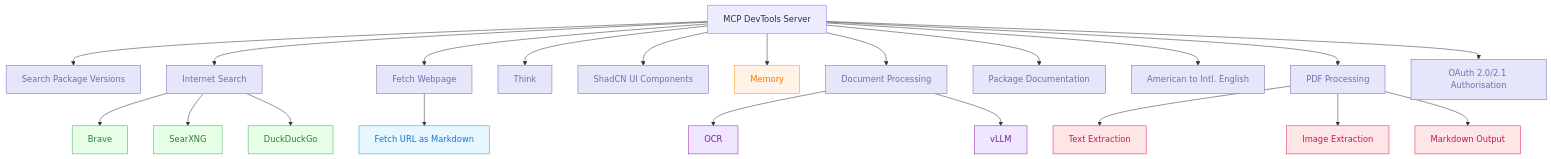
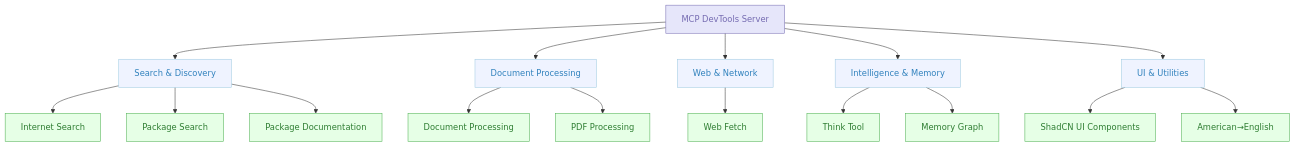
One commit to sammcj/mcp-devtools changed the diagram in README.md. Above: the diagram before and after it, drawn with Mermaid. The commit also changed other lines of this file and 17 other files, not shown here.

````diff
--- a/README.md
+++ b/README.md
@@ -7,45 +5,31 @@
 ```mermaid
 graph TD
-    A[MCP DevTools Server] --> B[Search Package Versions]
-    A --> C[Internet Search]
-    A --> D[Fetch Webpage]
-    A --> E[Think]
-    A --> F[ShadCN UI Components]
-    A --> G[Memory]
-    A --> H[Document Processing]
-    A --> I[Package Documentation]
-    A --> J[American to Intl. English]
-    A --> K[PDF Processing]
-    A --> L[OAuth 2.0/2.1 Authorisation]
+    A[MCP DevTools Server] --> B[Search & Discovery]
+    A --> C[Document Processing]
+    A --> D[Web & Network]
+    A --> E[Intelligence & Memory]
+    A --> F[UI & Utilities]
 
-    C --> C1[Brave]
-    C --> C2[SearXNG]
-    C --> C3[DuckDuckGo]
+    B --> B1[Internet Search]
+    B --> B2[Package Search]
+    B --> B3[Package Documentation]
 
-    D --> D1[Fetch URL as Markdown]
+    C --> C1[Document Processing]
+    C --> C2[PDF Processing]
 
-    H --> H5[OCR]
-    H --> H6[vLLM]
+    D --> D1[Web Fetch]
 
-    K --> K1[Text Extraction]
-    K --> K2[Image Extraction]
-    K --> K3[Markdown Output]
+    E --> E1[Think Tool]
+    E --> E2[Memory Graph]
 
-    classDef toolCategory fill:#E6E6FA,stroke:#756BB1,color:#756BB1
-    classDef tool fill:#EFF3FF,stroke:#9ECAE1,color:#3182BD
-    classDef searchTool fill:#E6FFE6,stroke:#4CAF50,color:#2E7D32
-    classDef memoryTool fill:#FFF3E6,stroke:#FF9800,color:#F57C00
-    classDef webTool fill:#E6F7FF,stroke:#2196F3,color:#1976D2
-    classDef docTool fill:#F0E6FF,stroke:#9C27B0,color:#7B1FA2
-    classDef packageTool fill:#FFF0E6,stroke:#FF6B35,color:#D84315
-    classDef pdfTool fill:#FFE6E6,stroke:#E91E63,color:#C2185B
+    F --> F1[ShadCN UI Components]
+    F --> F2[American→English]
 
-    class B,C,D,E,F,G,H,I,J,K,L toolCategory
-    class B1,B2,E1,F1 tool
-    class C1,C2,C3 searchTool
-    class G memoryTool
-    class D1 webTool
-    class H5,H6 docTool
-    class I1,I2 packageTool
-    class K1,K2,K3 pdfTool
+    classDef server fill:#E6E6FA,stroke:#756BB1,color:#756BB1
+    classDef category fill:#EFF3FF,stroke:#9ECAE1,color:#3182BD
+    classDef tool fill:#E6FFE6,stroke:#4CAF50,color:#2E7D32
+
+    class A server
+    class B,C,D,E,F category
+    class B1,B2,B3,C1,C2,D1,E1,E2,F1,F2 tool
 ```
````
